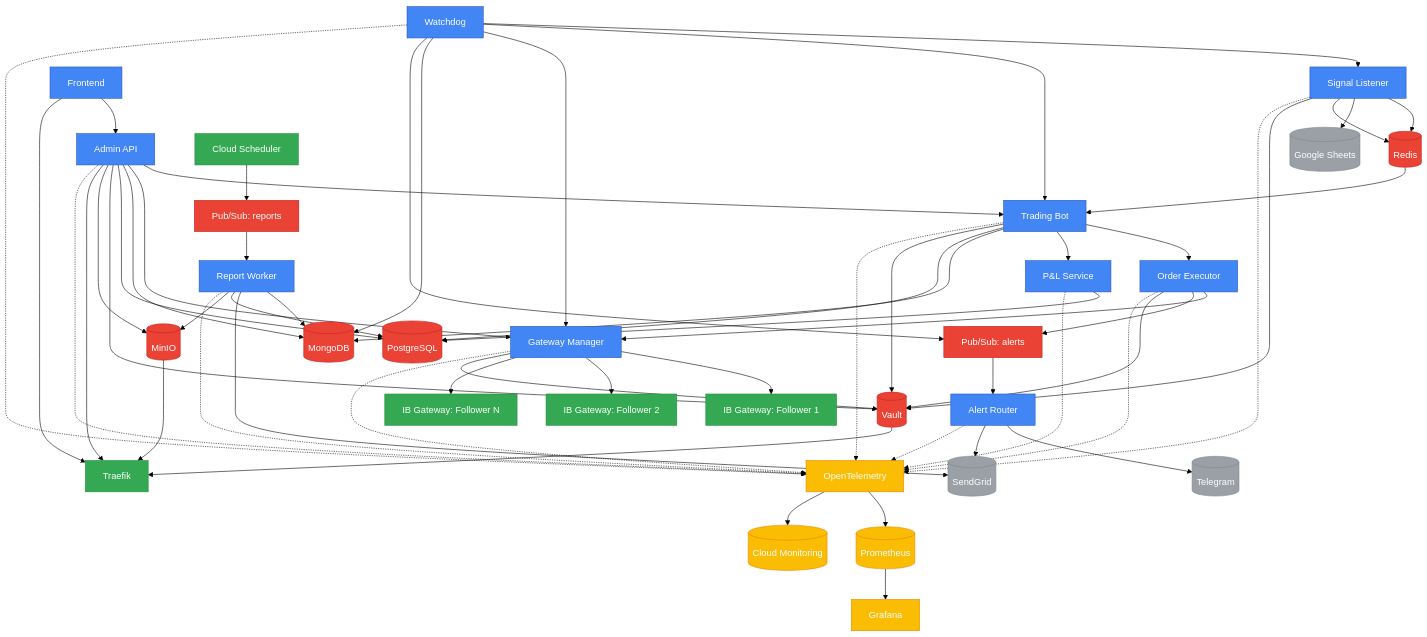
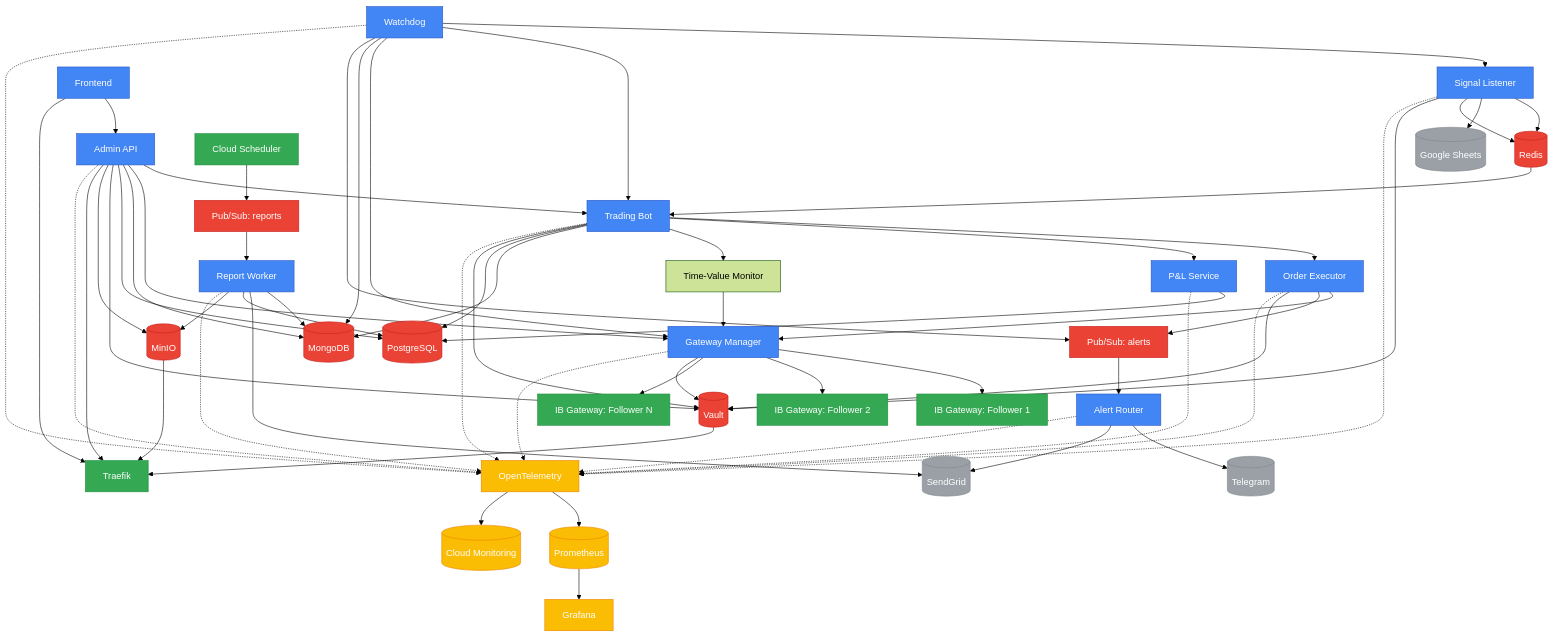
One commit to AIgen-Solutions-s-r-l/SpreadPilot changed the diagram in docs/images/system-architecture.mmd. Above: the diagram before and after it, drawn with Mermaid (forest theme). The commit also changed 4 other files, not shown here.

First line of the commit message:
feat(gateway-manager): complete gateway manager implementation

```diff
--- a/docs/images/system-architecture.mmd
+++ b/docs/images/system-architecture.mmd
@@ -1,85 +1,87 @@
 graph TD
     %% Core Services
     SignalListener[Signal Listener] --> Redis[(Redis)]
     SignalListener --> GoogleSheets[(Google Sheets)]
     Redis --> TradingBot[Trading Bot]
     TradingBot --> OrderExecutor[Order Executor]
     TradingBot --> PnLService[P&L Service]
+    TradingBot --> TimeValueMonitor[Time-Value Monitor]
     OrderExecutor --> GatewayManager[Gateway Manager]
     GatewayManager --> IBGateway1[IB Gateway: Follower 1]
     GatewayManager --> IBGateway2[IB Gateway: Follower 2]
     GatewayManager --> IBGatewayN[IB Gateway: Follower N]
+    TimeValueMonitor --> GatewayManager
     TradingBot --> MongoDB[(MongoDB)]
     PnLService --> PostgreSQL[(PostgreSQL)]
     OrderExecutor --> PubSubAlerts[Pub/Sub: alerts]
     
     Watchdog[Watchdog] --> SignalListener
     Watchdog[Watchdog] --> TradingBot
     Watchdog --> GatewayManager
     Watchdog --> MongoDB
     Watchdog --> PubSubAlerts
     
     AdminAPI[Admin API] --> TradingBot
     AdminAPI --> GatewayManager
     AdminAPI --> MongoDB
     
     ReportWorker[Report Worker] --> MongoDB
     ReportWorker --> SendGrid[(SendGrid)]
     PubSubReports[Pub/Sub: reports] --> ReportWorker
     
     AlertRouter[Alert Router] --> Telegram[(Telegram)]
     AlertRouter --> SendGrid
     PubSubAlerts --> AlertRouter
     
     Frontend[Frontend] --> AdminAPI
     
     %% Infrastructure Services
     SignalListener --> Redis
     TradingBot --> PostgreSQL[(PostgreSQL)]
     AdminAPI --> PostgreSQL
     ReportWorker --> PostgreSQL
     
     SignalListener --> Vault[(Vault)]
     TradingBot --> Vault
     AdminAPI --> Vault
     OrderExecutor --> Vault
     GatewayManager --> Vault
     
     ReportWorker --> MinIO[(MinIO)]
     AdminAPI --> MinIO
     
     Frontend --> Traefik[Traefik]
     AdminAPI --> Traefik
     Vault --> Traefik
     MinIO --> Traefik
     
     CloudScheduler[Cloud Scheduler] --> PubSubReports
     
     %% Observability
     OTel[OpenTelemetry] --> Prometheus[(Prometheus)]
     OTel --> CloudMonitoring[(Cloud Monitoring)]
     Prometheus --> Grafana[Grafana]
     
     %% Service connections to observability
     SignalListener -.-> OTel
     TradingBot -.-> OTel
     PnLService -.-> OTel
     OrderExecutor -.-> OTel
     GatewayManager -.-> OTel
     Watchdog -.-> OTel
     AdminAPI -.-> OTel
     ReportWorker -.-> OTel
     AlertRouter -.-> OTel
     
     %% Styling
     classDef coreService fill:#4285F4,stroke:#2A56C6,color:white
     classDef infrastructure fill:#34A853,stroke:#1E8E3E,color:white
     classDef observability fill:#FBBC04,stroke:#EA8600,color:white
     classDef database fill:#EA4335,stroke:#C5221F,color:white
     classDef external fill:#9AA0A6,stroke:#80868B,color:white
     
     class SignalListener,TradingBot,PnLService,Watchdog,AdminAPI,ReportWorker,AlertRouter,Frontend,GatewayManager,OrderExecutor coreService
     class IBGateway1,IBGateway2,IBGatewayN,CloudScheduler,Traefik infrastructure
     class OTel,Prometheus,Grafana,CloudMonitoring observability
     class MongoDB,PostgreSQL,Vault,MinIO,PubSubAlerts,PubSubReports,Redis database
     class GoogleSheets,SendGrid,Telegram external
```
